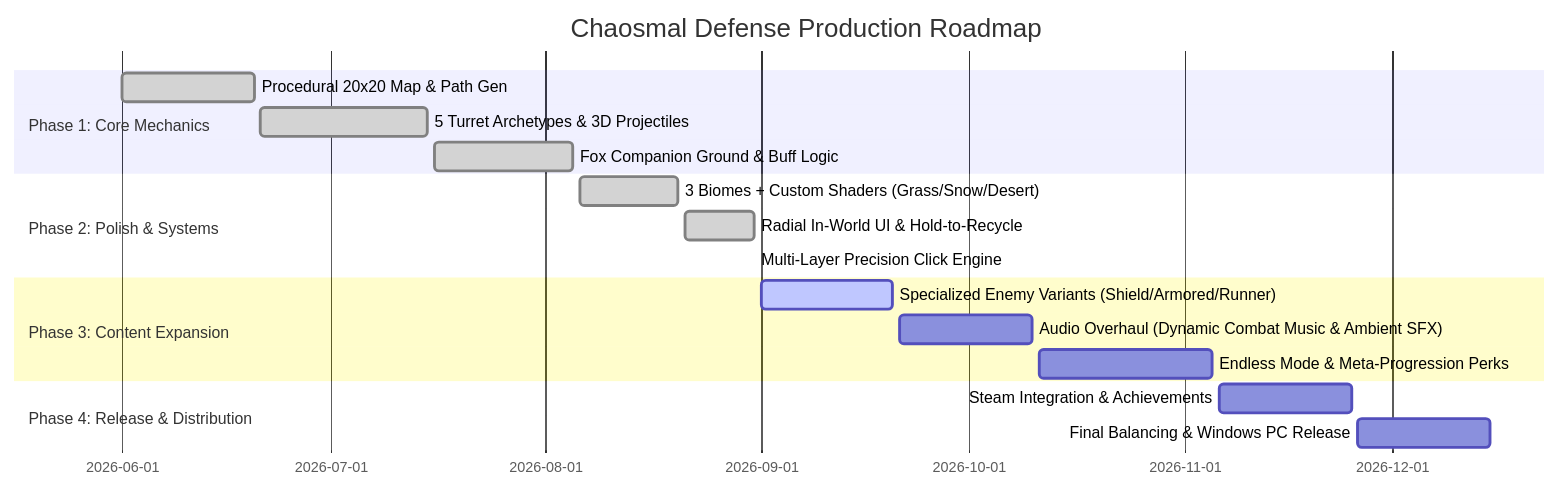
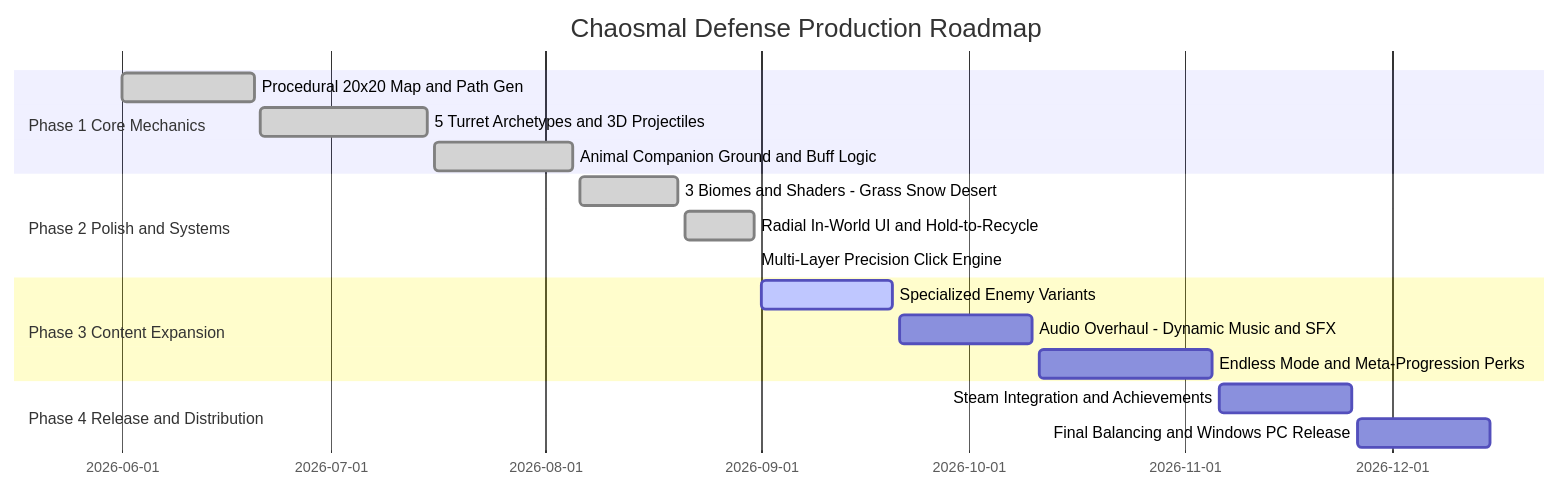
The fifth of 5 diagrams in docs/executive_summary.md (arlandoapraharjo/chaosmal-defense-td), drawn with Mermaid before and after one commit. The commit also changed other lines of this file, not shown here.

Commit message:
modified: executive summary content

````diff
--- a/docs/executive_summary.md
+++ b/docs/executive_summary.md
@@ -277,20 +277,20 @@
 ```mermaid
 gantt
     title Chaosmal Defense Production Roadmap
     dateFormat  YYYY-MM-DD
-    section Phase 1: Core Mechanics
-    Procedural 20x20 Map & Path Gen       :done, p1_1, 2026-06-01, 2026-06-20
-    5 Turret Archetypes & 3D Projectiles  :done, p1_2, 2026-06-21, 2026-07-15
-    Fox Companion Ground & Buff Logic     :done, p1_3, 2026-07-16, 2026-08-05
-    section Phase 2: Polish & Systems
-    3 Biomes + Custom Shaders (Grass/Snow/Desert) :done, p2_1, 2026-08-06, 2026-08-20
-    Radial In-World UI & Hold-to-Recycle :done, p2_2, 2026-08-21, 2026-08-31
-    Multi-Layer Precision Click Engine   :done, p2_3, 2026-08-31, 2026-08-31
-    section Phase 3: Content Expansion
-    Specialized Enemy Variants (Shield/Armored/Runner) :active, p3_1, 2026-09-01, 2026-09-20
-    Audio Overhaul (Dynamic Combat Music & Ambient SFX) :p3_2, 2026-09-21, 2026-10-10
-    Endless Mode & Meta-Progression Perks :p3_3, 2026-10-11, 2026-11-05
-    section Phase 4: Release & Distribution
-    Steam Integration & Achievements      :p4_1, 2026-11-06, 2026-11-25
-    Final Balancing & Windows PC Release  :p4_2, 2026-11-26, 2026-12-15
+    section Phase 1 Core Mechanics
+    Procedural 20x20 Map and Path Gen       :done, p1_1, 2026-06-01, 2026-06-20
+    5 Turret Archetypes and 3D Projectiles  :done, p1_2, 2026-06-21, 2026-07-15
+    Animal Companion Ground and Buff Logic  :done, p1_3, 2026-07-16, 2026-08-05
+    section Phase 2 Polish and Systems
+    3 Biomes and Shaders - Grass Snow Desert :done, p2_1, 2026-08-06, 2026-08-20
+    Radial In-World UI and Hold-to-Recycle  :done, p2_2, 2026-08-21, 2026-08-31
+    Multi-Layer Precision Click Engine       :done, p2_3, 2026-08-31, 2026-08-31
+    section Phase 3 Content Expansion
+    Specialized Enemy Variants              :active, p3_1, 2026-09-01, 2026-09-20
+    Audio Overhaul - Dynamic Music and SFX  :p3_2, 2026-09-21, 2026-10-10
+    Endless Mode and Meta-Progression Perks :p3_3, 2026-10-11, 2026-11-05
+    section Phase 4 Release and Distribution
+    Steam Integration and Achievements      :p4_1, 2026-11-06, 2026-11-25
+    Final Balancing and Windows PC Release  :p4_2, 2026-11-26, 2026-12-15
 ```
````
